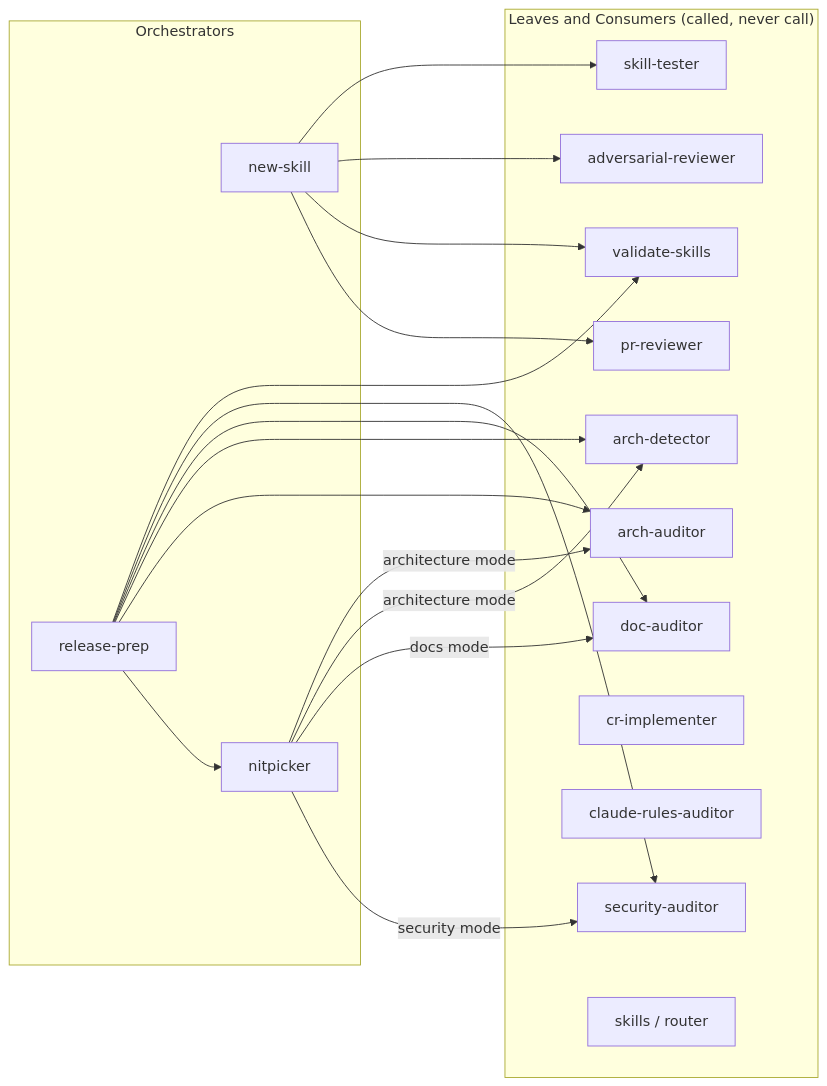
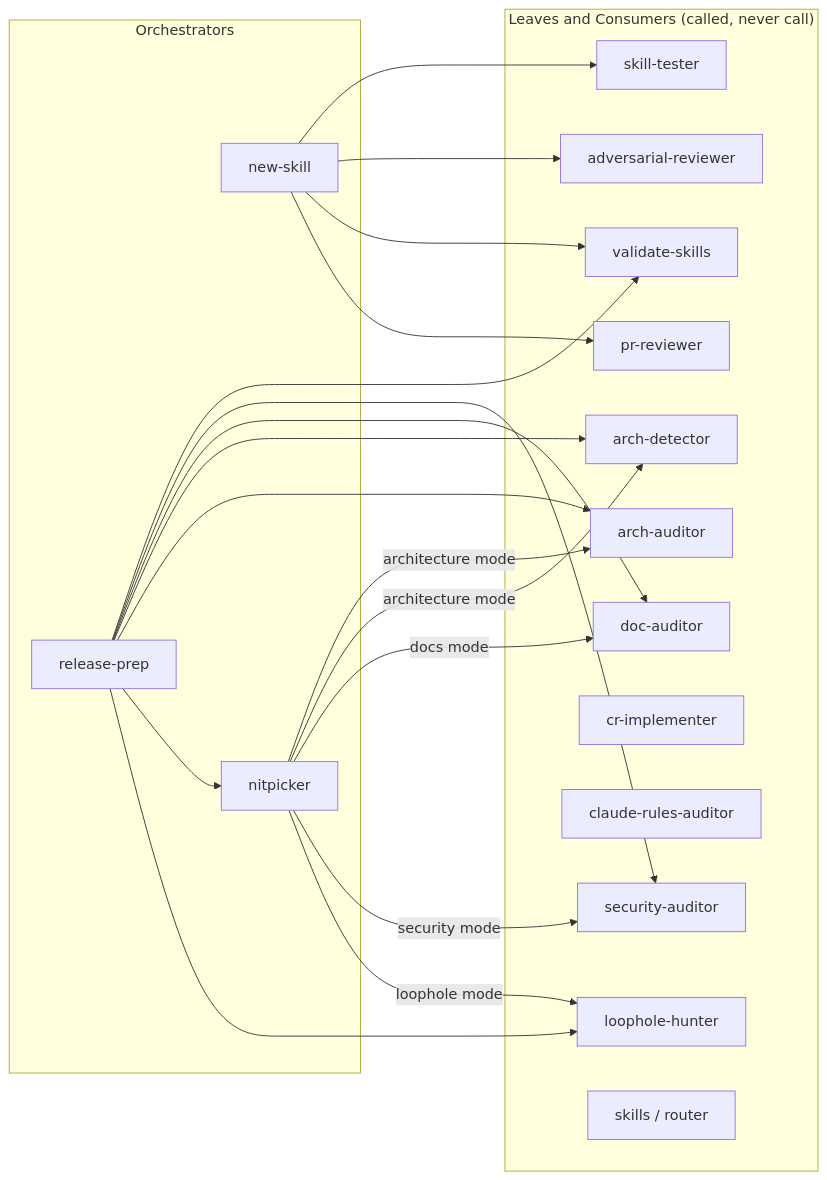
One commit to ivuorinen/skills changed the sixth of 6 diagrams in .claude/skills/README.md. Above: the diagram before and after it, drawn with Mermaid. The commit also changed other lines of this file and 9 other files, not shown here.

First line of the commit message:
feat: add loophole-hunter skill (#25)

````diff
--- a/.claude/skills/README.md
+++ b/.claude/skills/README.md
@@ -255,39 +268,42 @@
 ```mermaid
 graph LR
     subgraph orchestrators["Orchestrators"]
         NS[new-skill]
         RP[release-prep]
         NP[nitpicker]
     end
 
     subgraph leaves["Leaves and Consumers (called, never call)"]
         AR[adversarial-reviewer]
         VS[validate-skills]
         AD[arch-detector]
         AA[arch-auditor]
         DA[doc-auditor]
         PR[pr-reviewer]
         SA[security-auditor]
         CRI[cr-implementer]
         CRA[claude-rules-auditor]
+        LH[loophole-hunter]
         ST[skill-tester]
         SK[skills / router]
     end
 
     NS --> ST
     NS --> AR
     NS --> VS
     NS --> PR
 
     RP --> VS
     RP --> SA
     RP --> DA
     RP --> AD
     RP --> AA
     RP --> NP
+    RP --> LH
 
     NP -->|architecture mode| AA
     NP -->|architecture mode| AD
     NP -->|docs mode| DA
     NP -->|security mode| SA
+    NP -->|loophole mode| LH
 ```
````
